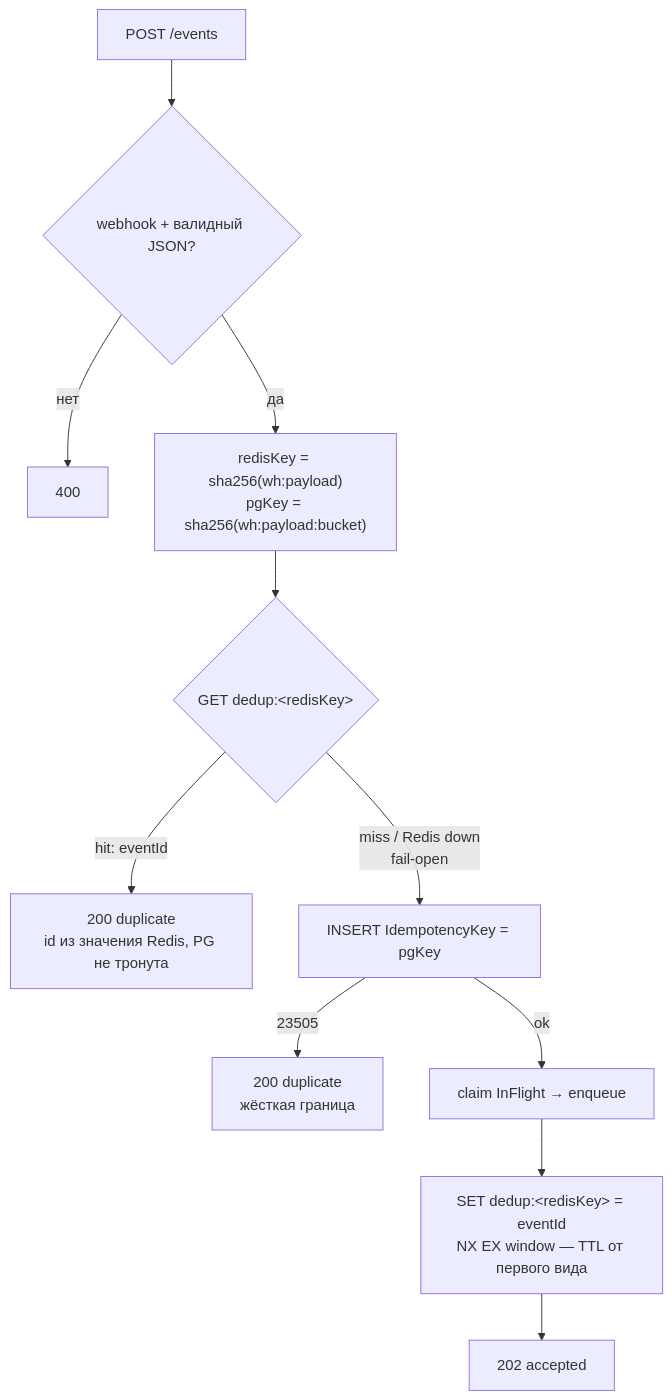
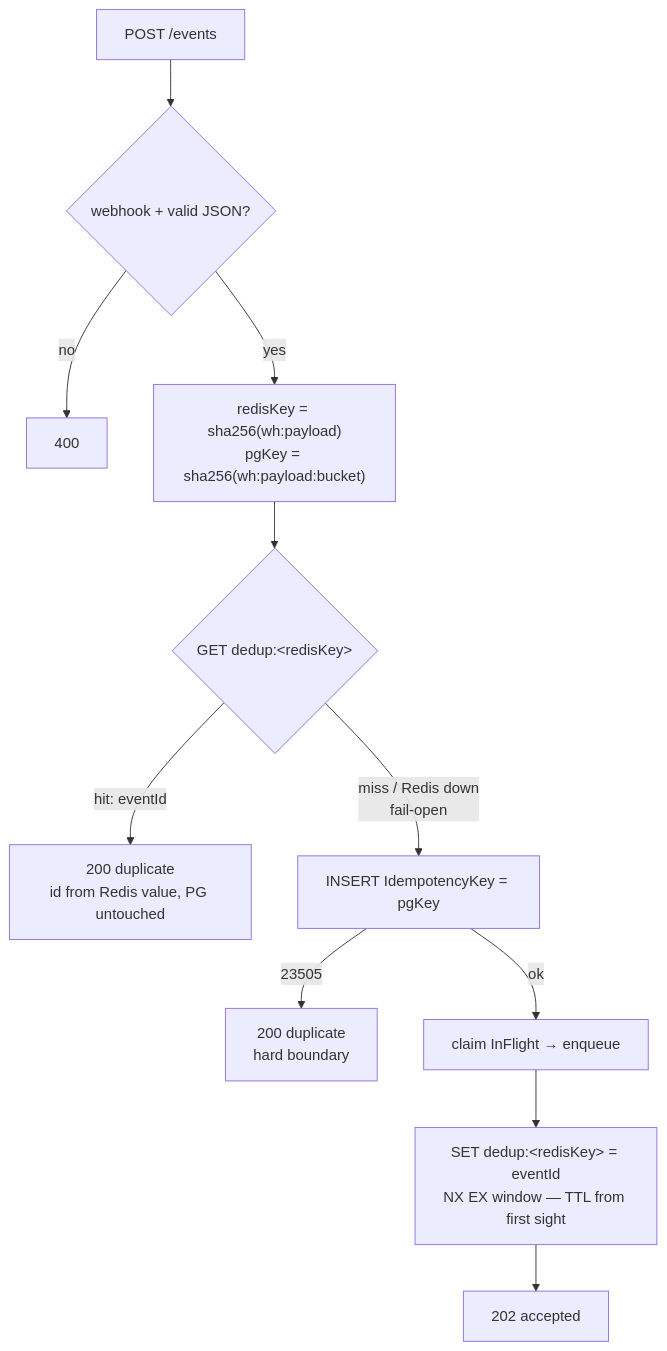
One commit to ezpectus/webhook-engine changed the third of 6 diagrams in docs/diagrams/system.md. Above: the diagram before and after it, drawn with Mermaid. The commit also changed other lines of this file and 28 other files, not shown here.

Commit message:
repo hygiene: RU mirrors + workflow docs → .devin/ (gitignored), failure-boundary map extracted to docs/, diagrams/system.md translated EN, README/authorship section

````diff
--- a/docs/diagrams/system.md
+++ b/docs/diagrams/system.md
@@ -81,13 +81,13 @@
 ```mermaid
 flowchart TD
-    A[POST /events] --> B{webhook + валидный JSON?}
-    B -- нет --> R4[400]
-    B -- да --> C["redisKey = sha256(wh:payload)<br/>pgKey = sha256(wh:payload:bucket)"]
+    A[POST /events] --> B{webhook + valid JSON?}
+    B -- no --> R4[400]
+    B -- yes --> C["redisKey = sha256(wh:payload)<br/>pgKey = sha256(wh:payload:bucket)"]
     C --> D{"GET dedup:&lt;redisKey&gt;"}
-    D -- "hit: eventId" --> R2["200 duplicate<br/>id из значения Redis, PG не тронута"]
+    D -- "hit: eventId" --> R2["200 duplicate<br/>id from Redis value, PG untouched"]
     D -- "miss / Redis down<br/>fail-open" --> E["INSERT IdempotencyKey = pgKey"]
-    E -- "23505" --> R5["200 duplicate<br/>жёсткая граница"]
+    E -- "23505" --> R5["200 duplicate<br/>hard boundary"]
     E -- ok --> F["claim InFlight → enqueue"]
-    F --> G["SET dedup:&lt;redisKey&gt; = eventId<br/>NX EX window — TTL от первого вида"]
+    F --> G["SET dedup:&lt;redisKey&gt; = eventId<br/>NX EX window — TTL from first sight"]
     G --> R3[202 accepted]
 ```
````
